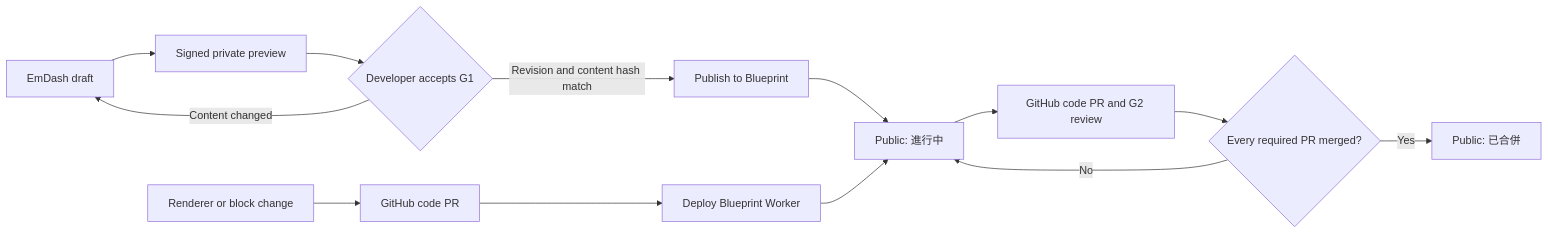
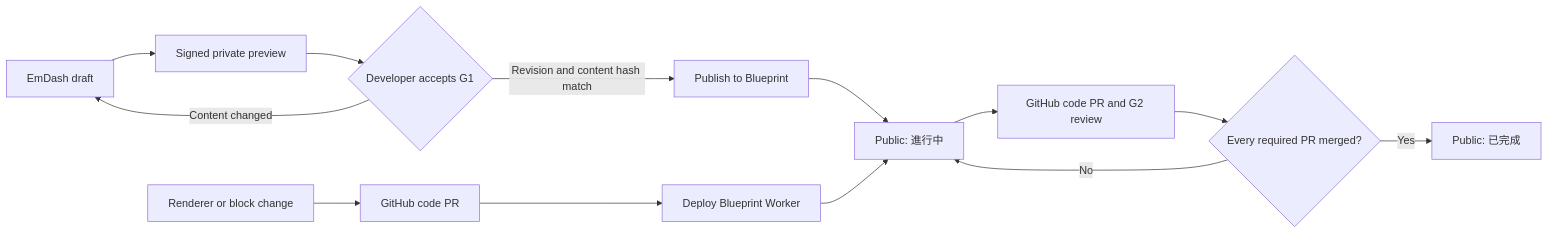
The diagram in blueprint/content/features/platform/blueprint/index.mdx (AndrewCK24/volleybro), drawn with Mermaid before and after one commit. The commit also changed other lines of this file and 23 other files, not shown here.

````diff
--- a/blueprint/content/features/platform/blueprint/index.mdx
+++ b/blueprint/content/features/platform/blueprint/index.mdx
@@ -10,15 +10,15 @@
 ```mermaid
 flowchart LR
     A[EmDash draft] --> B[Signed private preview]
     B --> C{Developer accepts G1}
     C -->|Revision and content hash match| D[Publish to Blueprint]
     C -->|Content changed| A
     D --> E[Public: 進行中]
     E --> F[GitHub code PR and G2 review]
     F --> G{Every required PR merged?}
     G -->|No| E
-    G -->|Yes| H[Public: 已合併]
+    G -->|Yes| H[Public: 已完成]
     I[Renderer or block change] --> J[GitHub code PR]
     J --> K[Deploy Blueprint Worker]
     K --> E
 ```
````
